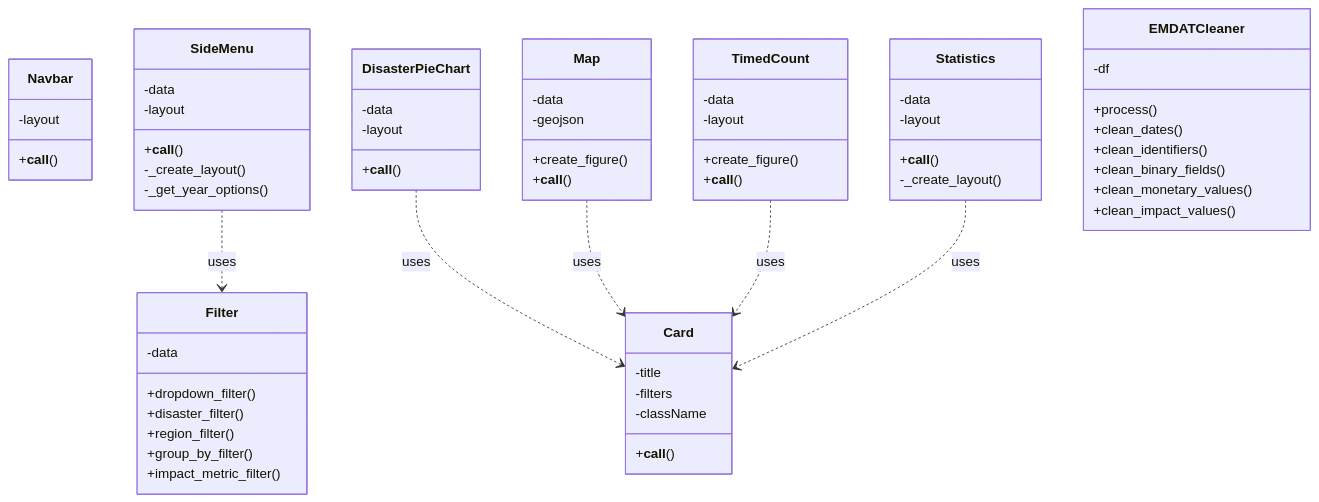
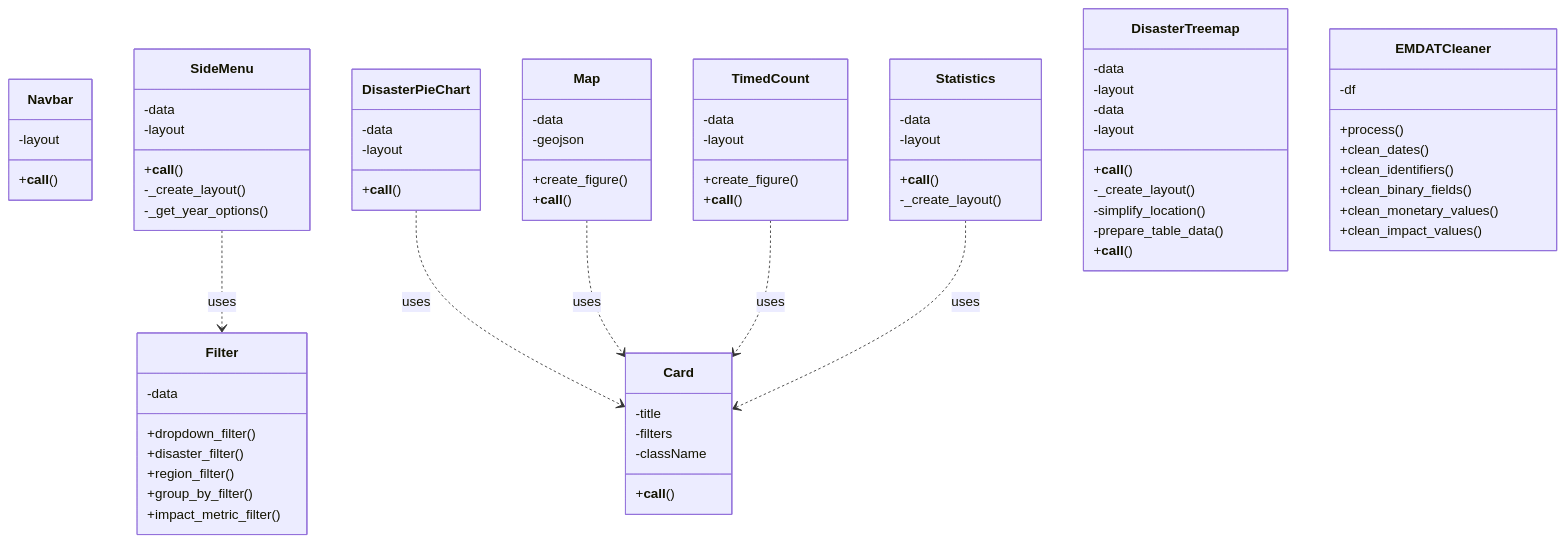
One commit to luucas7/disasters changed the second of 2 diagrams in README.md. Above: the diagram before and after it, drawn with Mermaid. The commit also changed other lines of this file, not shown here.

Commit message:
Update README to include treemap.py in the project structure and enhance DisasterTreemap class diagram

````diff
--- a/README.md
+++ b/README.md
@@ -104,66 +105,79 @@
 ```mermaid
 classDiagram
     class Navbar {
         -layout
         +__call__()
     }
     class SideMenu {
         -data
         -layout
         +__call__()
         -_create_layout()
         -_get_year_options()
     }
     class Filter {
         -data
         +dropdown_filter()
         +disaster_filter()
         +region_filter()
         +group_by_filter()
         +impact_metric_filter()
     }
     class Card {
         -title
         -filters
         -className
         +__call__()
     }
     class Map {
         -data
         -geojson
         +create_figure()
         +__call__()
     }
     class TimedCount {
         -data
         -layout
         +create_figure()
         +__call__()
     }
     class DisasterPieChart {
         -data
         -layout
         +__call__()
     }
     class Statistics {
         -data
         -layout
         +__call__()
         -_create_layout()
     }
+    class DisasterTreemap {
+        -data
+        -layout
+        +__call__()
+        -_create_layout()
+    }
+    class DisasterTreemap {
+        -data
+        -layout
+        -simplify_location()
+        -prepare_table_data()
+        +__call__()
+    }
     class EMDATCleaner {
         -df
         +process()
         +clean_dates()
         +clean_identifiers()
         +clean_binary_fields()
         +clean_monetary_values()
         +clean_impact_values()
     }
 
     SideMenu ..> Filter: uses
     DisasterPieChart ..> Card: uses
     Map ..> Card: uses
     TimedCount ..> Card: uses
     Statistics ..> Card: uses
 ```
````
